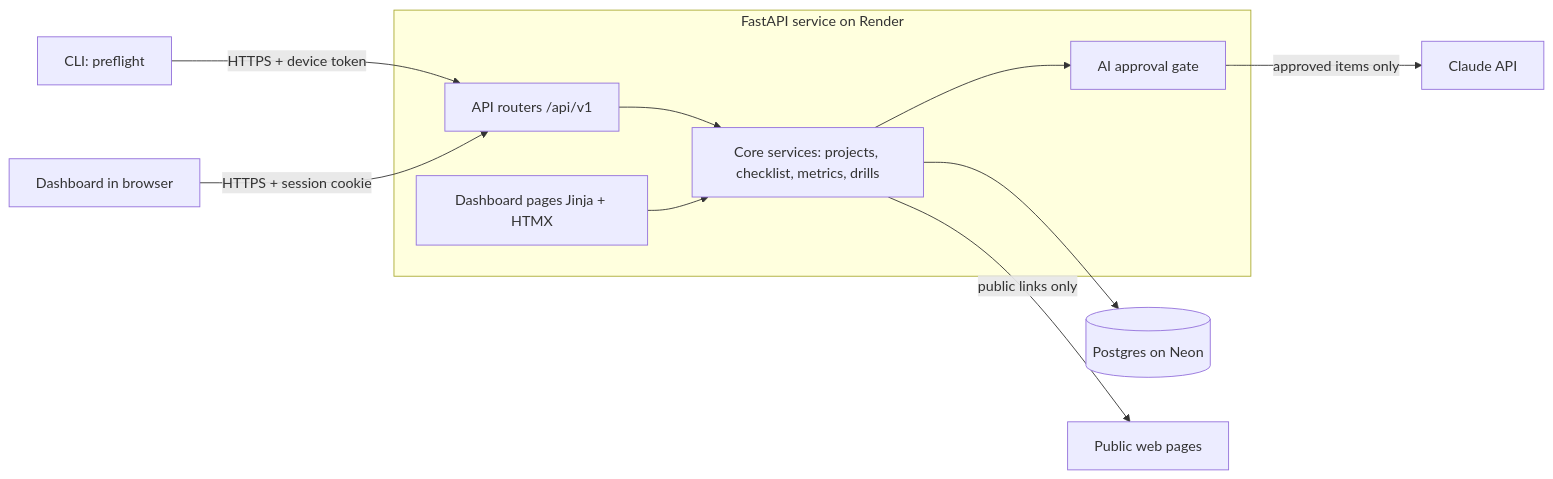
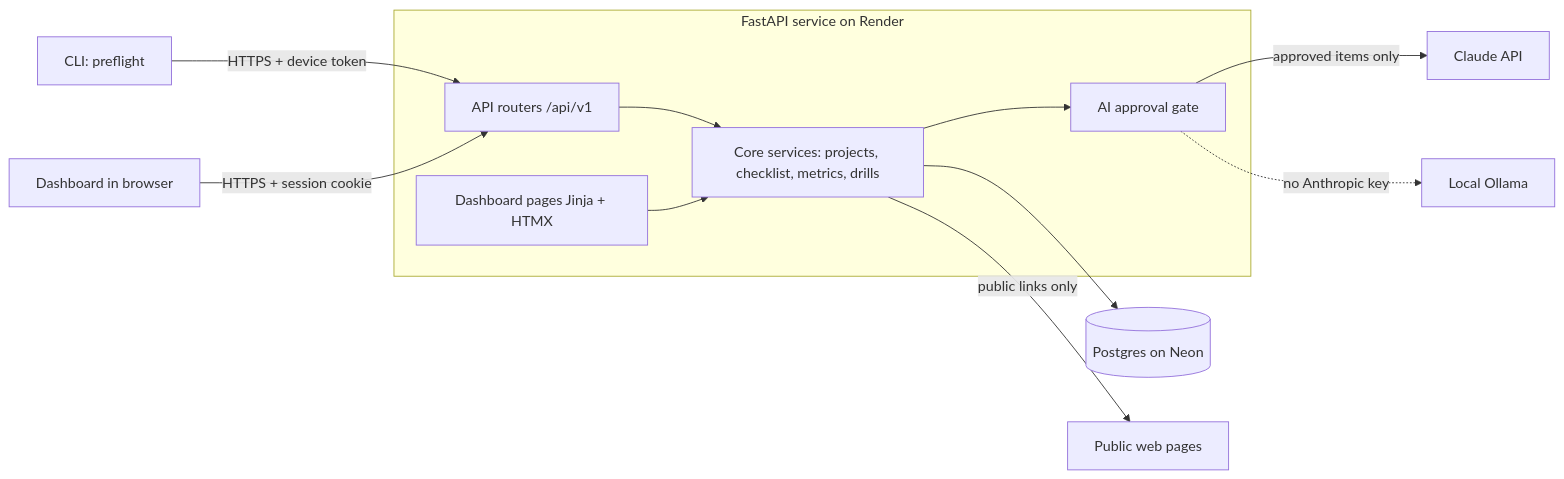
One commit to ductienthan/project-revise changed the first of 2 diagrams in docs/design.md. Above: the diagram before and after it, drawn with Mermaid. The commit also changed other lines of this file and 17 other files, not shown here.

````diff
--- a/docs/design.md
+++ b/docs/design.md
@@ -37,17 +37,18 @@
 ```mermaid
 flowchart LR
     CLI[CLI: preflight] -->|HTTPS + device token| API
     Browser[Dashboard in browser] -->|HTTPS + session cookie| API
     subgraph Service[FastAPI service on Render]
         API[API routers /api/v1]
         UI[Dashboard pages Jinja + HTMX]
         CORE[Core services: projects, checklist, metrics, drills]
         GATE[AI approval gate]
         API --> CORE
         UI --> CORE
         CORE --> GATE
     end
     CORE --> DB[(Postgres on Neon)]
     GATE -->|approved items only| CLAUDE[Claude API]
+    GATE -.->|no Anthropic key| OLLAMA[Local Ollama]
     CORE -->|public links only| WEB[Public web pages]
 ```
````
